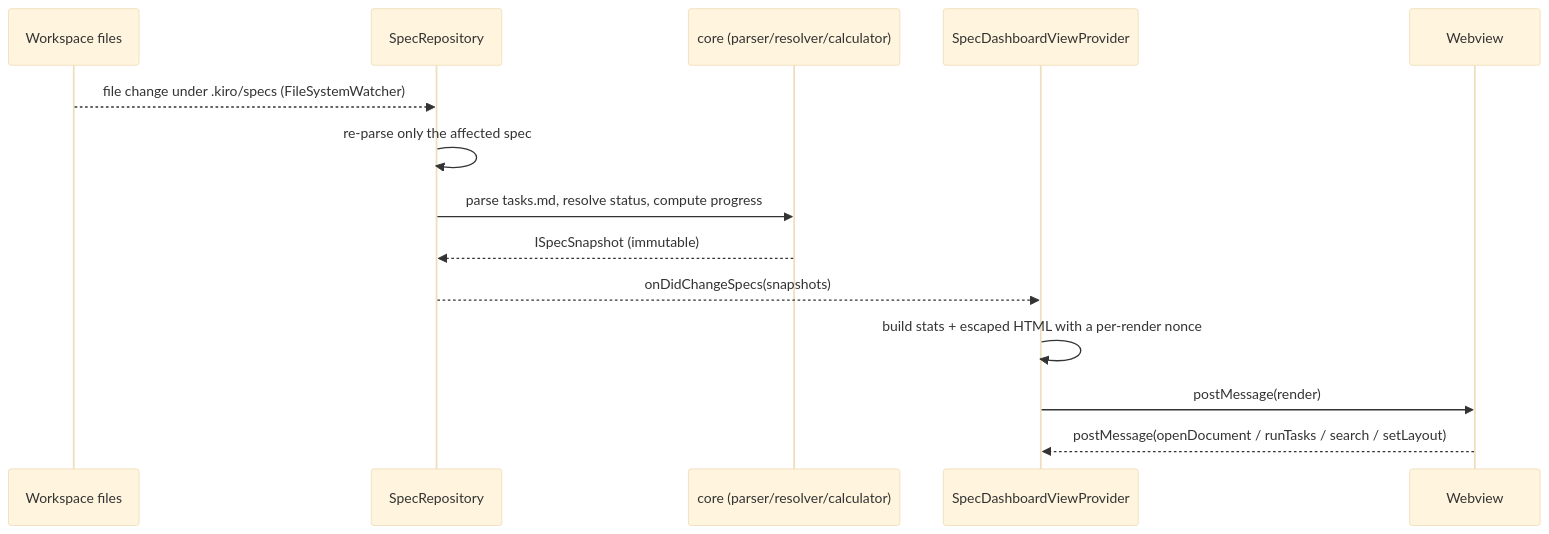
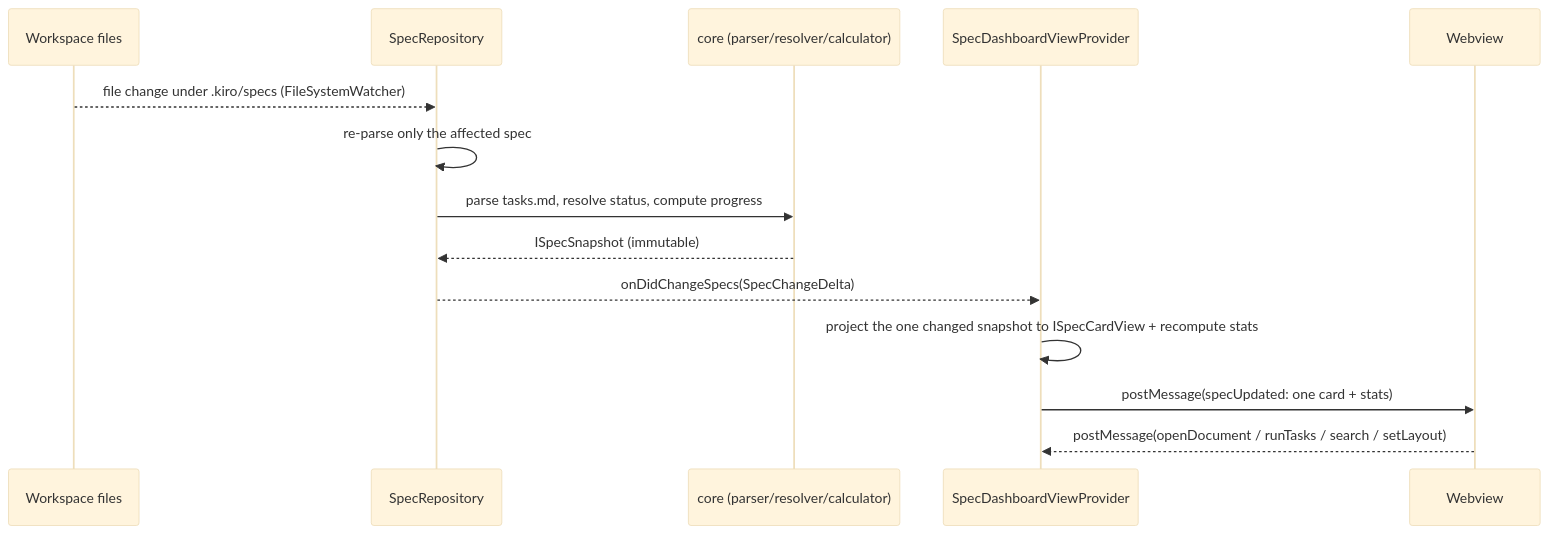
One commit to ducks-project/kirospectracker changed the second of 3 diagrams in docs/architecture.md. Above: the diagram before and after it, drawn with Mermaid (base theme). The commit also changed other lines of this file and 4 other files, not shown here.

````diff
--- a/docs/architecture.md
+++ b/docs/architecture.md
@@ -78,17 +78,17 @@
 ```mermaid
 sequenceDiagram
   participant FS as Workspace files
   participant R as SpecRepository
   participant C as core (parser/resolver/calculator)
   participant D as SpecDashboardViewProvider
   participant W as Webview
 
   FS-->>R: file change under .kiro/specs (FileSystemWatcher)
   R->>R: re-parse only the affected spec
   R->>C: parse tasks.md, resolve status, compute progress
   C-->>R: ISpecSnapshot (immutable)
-  R-->>D: onDidChangeSpecs(snapshots)
-  D->>D: build stats + escaped HTML with a per-render nonce
-  D->>W: postMessage(render)
+  R-->>D: onDidChangeSpecs(SpecChangeDelta)
+  D->>D: project the one changed snapshot to ISpecCardView + recompute stats
+  D->>W: postMessage(specUpdated: one card + stats)
   W-->>D: postMessage(openDocument / runTasks / search / setLayout)
 ```
````
